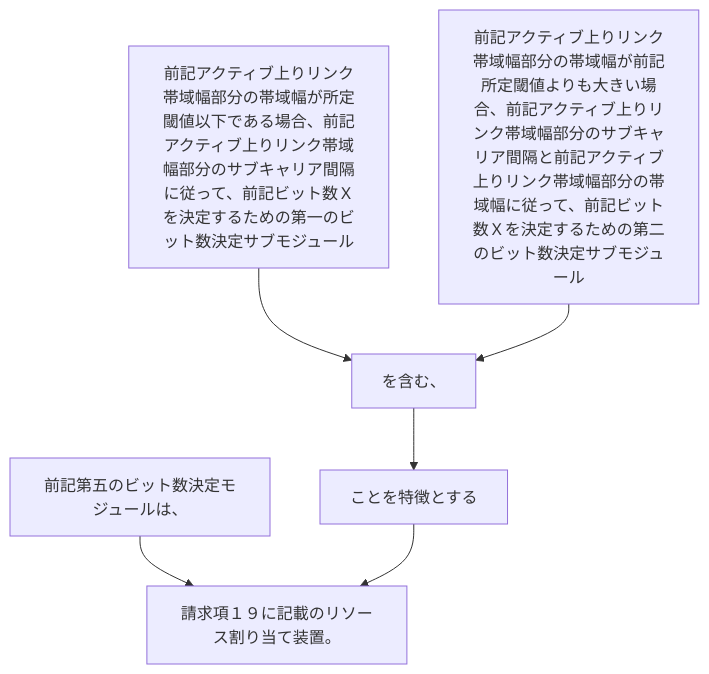
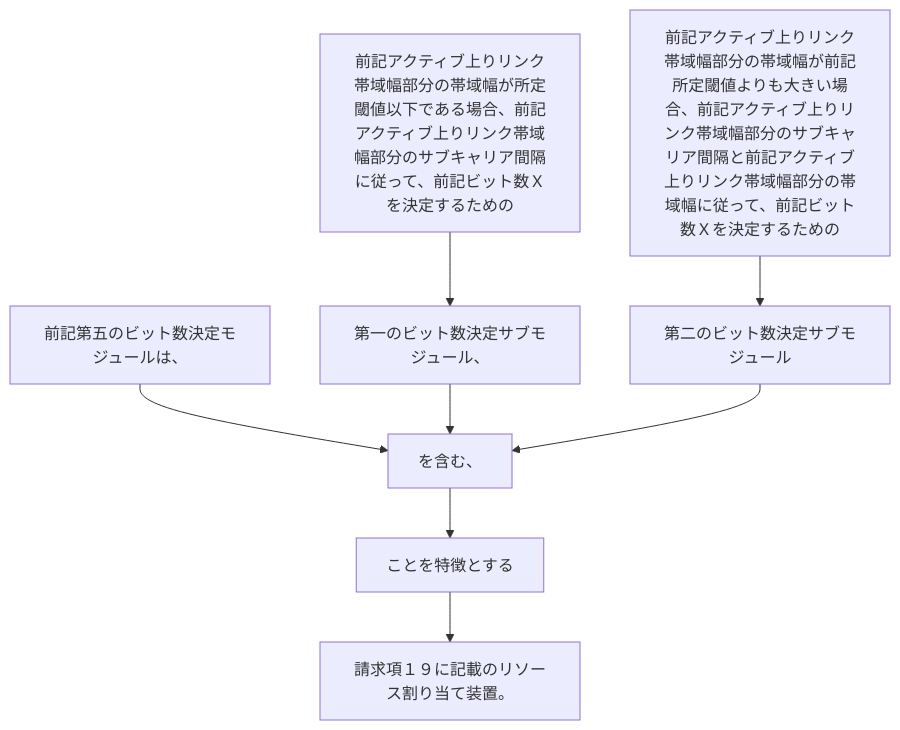
The diagram in 2024/JP2024029186A/claim_21/README.md (shinmori55/patent_analyzed), drawn with Mermaid before and after one commit. The commit also changed 336 other files, not shown here.

````diff
--- a/2024/JP2024029186A/claim_21/README.md
+++ b/2024/JP2024029186A/claim_21/README.md
@@ -5,15 +5,18 @@
 ```mermaid
 flowchart TD
 A[前記第五のビット数決定モジュールは、]
-B[前記アクティブ上りリンク帯域幅部分の帯域幅が所定閾値以下である場合、前記アクティブ上りリンク帯域幅部分のサブキャリア間隔に従って、前記ビット数Ｘを決定するための第一のビット数決定サブモジュール]
-C[前記アクティブ上りリンク帯域幅部分の帯域幅が前記所定閾値よりも大きい場合、前記アクティブ上りリンク帯域幅部分のサブキャリア間隔と前記アクティブ上りリンク帯域幅部分の帯域幅に従って、前記ビット数Ｘを決定するための第二のビット数決定サブモジュール]
-D[を含む、]
-E[ことを特徴とする]
-F[請求項１９に記載のリソース割り当て装置。]
-
-A --> F
-B --> D
-C --> D
-D --> E
+B[前記アクティブ上りリンク帯域幅部分の帯域幅が所定閾値以下である場合、前記アクティブ上りリンク帯域幅部分のサブキャリア間隔に従って、前記ビット数Ｘを決定するための]
+C[第一のビット数決定サブモジュール、]
+E[前記アクティブ上りリンク帯域幅部分の帯域幅が前記所定閾値よりも大きい場合、前記アクティブ上りリンク帯域幅部分のサブキャリア間隔と前記アクティブ上りリンク帯域幅部分の帯域幅に従って、前記ビット数Ｘを決定するための]
+F[第二のビット数決定サブモジュール]
+G[を含む、]
+H[ことを特徴とする]
+I[請求項１９に記載のリソース割り当て装置。]
+A --> G
+B --> C
 E --> F
+C --> G
+F --> G
+G --> H
+H --> I
 ```
````
